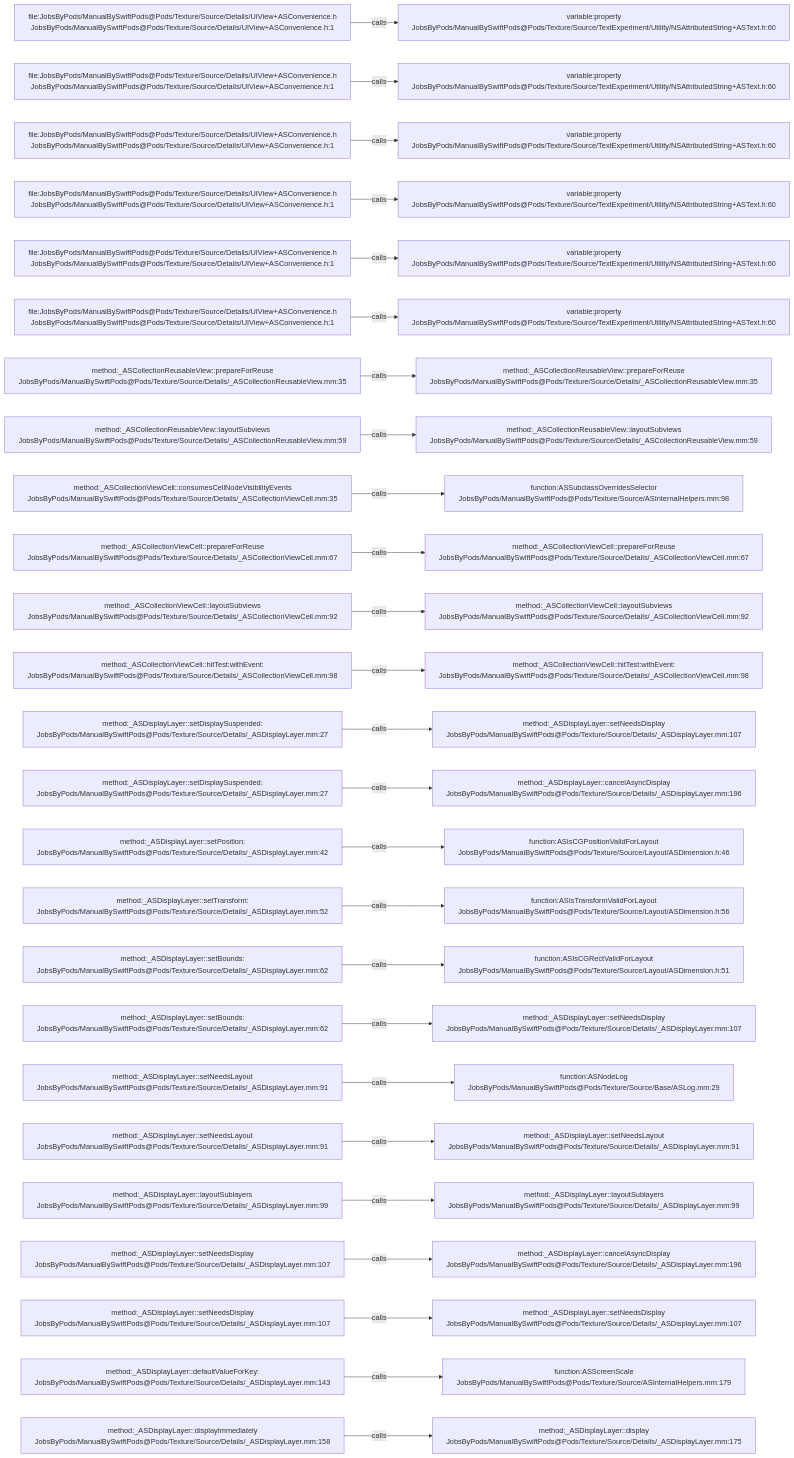
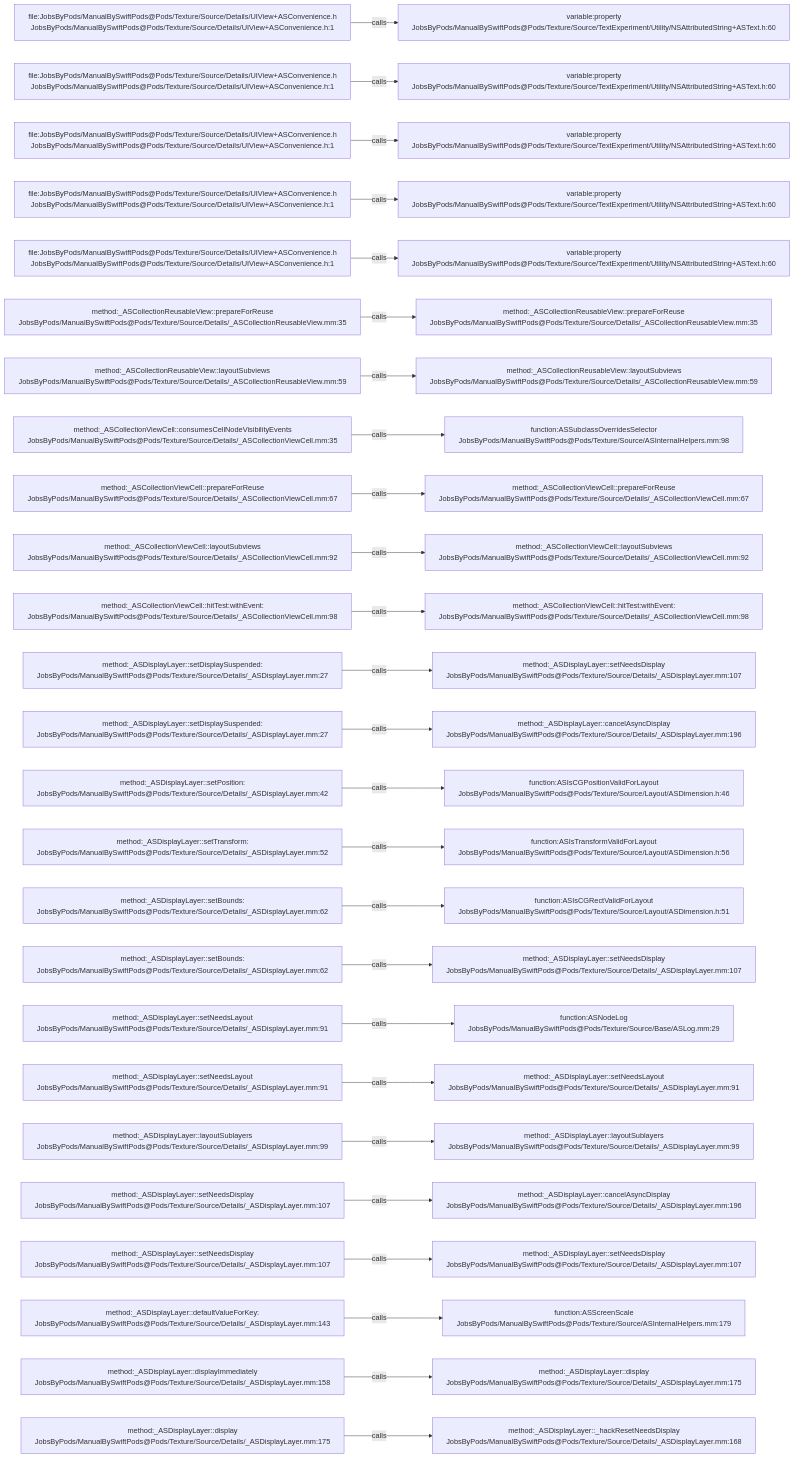
One commit to JobsKits/JobsSwiftBaseConfigDemo changed the diagram in .codegraph/codegraph.md/graphs/calls-101.md. Above: the diagram before and after it, drawn with Mermaid. The commit also changed 747 other files, not shown here.

````diff
--- a/.codegraph/codegraph.md/graphs/calls-101.md
+++ b/.codegraph/codegraph.md/graphs/calls-101.md
@@ -13,78 +13,78 @@
 ```mermaid
 flowchart LR
   S1["file:JobsByPods/ManualBySwiftPods@Pods/Texture/Source/Details/UIView+ASConvenience.h<br/>JobsByPods/ManualBySwiftPods@Pods/Texture/Source/Details/UIView+ASConvenience.h:1"]
   T1["variable:property<br/>JobsByPods/ManualBySwiftPods@Pods/Texture/Source/TextExperiment/Utility/NSAttributedString+ASText.h:60"]
   S1 -->|calls| T1
   S2["file:JobsByPods/ManualBySwiftPods@Pods/Texture/Source/Details/UIView+ASConvenience.h<br/>JobsByPods/ManualBySwiftPods@Pods/Texture/Source/Details/UIView+ASConvenience.h:1"]
   T2["variable:property<br/>JobsByPods/ManualBySwiftPods@Pods/Texture/Source/TextExperiment/Utility/NSAttributedString+ASText.h:60"]
   S2 -->|calls| T2
   S3["file:JobsByPods/ManualBySwiftPods@Pods/Texture/Source/Details/UIView+ASConvenience.h<br/>JobsByPods/ManualBySwiftPods@Pods/Texture/Source/Details/UIView+ASConvenience.h:1"]
   T3["variable:property<br/>JobsByPods/ManualBySwiftPods@Pods/Texture/Source/TextExperiment/Utility/NSAttributedString+ASText.h:60"]
   S3 -->|calls| T3
   S4["file:JobsByPods/ManualBySwiftPods@Pods/Texture/Source/Details/UIView+ASConvenience.h<br/>JobsByPods/ManualBySwiftPods@Pods/Texture/Source/Details/UIView+ASConvenience.h:1"]
   T4["variable:property<br/>JobsByPods/ManualBySwiftPods@Pods/Texture/Source/TextExperiment/Utility/NSAttributedString+ASText.h:60"]
   S4 -->|calls| T4
   S5["file:JobsByPods/ManualBySwiftPods@Pods/Texture/Source/Details/UIView+ASConvenience.h<br/>JobsByPods/ManualBySwiftPods@Pods/Texture/Source/Details/UIView+ASConvenience.h:1"]
   T5["variable:property<br/>JobsByPods/ManualBySwiftPods@Pods/Texture/Source/TextExperiment/Utility/NSAttributedString+ASText.h:60"]
   S5 -->|calls| T5
-  S6["file:JobsByPods/ManualBySwiftPods@Pods/Texture/Source/Details/UIView+ASConvenience.h<br/>JobsByPods/ManualBySwiftPods@Pods/Texture/Source/Details/UIView+ASConvenience.h:1"]
-  T6["variable:property<br/>JobsByPods/ManualBySwiftPods@Pods/Texture/Source/TextExperiment/Utility/NSAttributedString+ASText.h:60"]
+  S6["method:_ASCollectionReusableView::prepareForReuse<br/>JobsByPods/ManualBySwiftPods@Pods/Texture/Source/Details/_ASCollectionReusableView.mm:35"]
+  T6["method:_ASCollectionReusableView::prepareForReuse<br/>JobsByPods/ManualBySwiftPods@Pods/Texture/Source/Details/_ASCollectionReusableView.mm:35"]
   S6 -->|calls| T6
-  S7["method:_ASCollectionReusableView::prepareForReuse<br/>JobsByPods/ManualBySwiftPods@Pods/Texture/Source/Details/_ASCollectionReusableView.mm:35"]
-  T7["method:_ASCollectionReusableView::prepareForReuse<br/>JobsByPods/ManualBySwiftPods@Pods/Texture/Source/Details/_ASCollectionReusableView.mm:35"]
+  S7["method:_ASCollectionReusableView::layoutSubviews<br/>JobsByPods/ManualBySwiftPods@Pods/Texture/Source/Details/_ASCollectionReusableView.mm:59"]
+  T7["method:_ASCollectionReusableView::layoutSubviews<br/>JobsByPods/ManualBySwiftPods@Pods/Texture/Source/Details/_ASCollectionReusableView.mm:59"]
   S7 -->|calls| T7
-  S8["method:_ASCollectionReusableView::layoutSubviews<br/>JobsByPods/ManualBySwiftPods@Pods/Texture/Source/Details/_ASCollectionReusableView.mm:59"]
-  T8["method:_ASCollectionReusableView::layoutSubviews<br/>JobsByPods/ManualBySwiftPods@Pods/Texture/Source/Details/_ASCollectionReusableView.mm:59"]
+  S8["method:_ASCollectionViewCell::consumesCellNodeVisibilityEvents<br/>JobsByPods/ManualBySwiftPods@Pods/Texture/Source/Details/_ASCollectionViewCell.mm:35"]
+  T8["function:ASSubclassOverridesSelector<br/>JobsByPods/ManualBySwiftPods@Pods/Texture/Source/ASInternalHelpers.mm:98"]
   S8 -->|calls| T8
-  S9["method:_ASCollectionViewCell::consumesCellNodeVisibilityEvents<br/>JobsByPods/ManualBySwiftPods@Pods/Texture/Source/Details/_ASCollectionViewCell.mm:35"]
-  T9["function:ASSubclassOverridesSelector<br/>JobsByPods/ManualBySwiftPods@Pods/Texture/Source/ASInternalHelpers.mm:98"]
+  S9["method:_ASCollectionViewCell::prepareForReuse<br/>JobsByPods/ManualBySwiftPods@Pods/Texture/Source/Details/_ASCollectionViewCell.mm:67"]
+  T9["method:_ASCollectionViewCell::prepareForReuse<br/>JobsByPods/ManualBySwiftPods@Pods/Texture/Source/Details/_ASCollectionViewCell.mm:67"]
   S9 -->|calls| T9
-  S10["method:_ASCollectionViewCell::prepareForReuse<br/>JobsByPods/ManualBySwiftPods@Pods/Texture/Source/Details/_ASCollectionViewCell.mm:67"]
-  T10["method:_ASCollectionViewCell::prepareForReuse<br/>JobsByPods/ManualBySwiftPods@Pods/Texture/Source/Details/_ASCollectionViewCell.mm:67"]
+  S10["method:_ASCollectionViewCell::layoutSubviews<br/>JobsByPods/ManualBySwiftPods@Pods/Texture/Source/Details/_ASCollectionViewCell.mm:92"]
+  T10["method:_ASCollectionViewCell::layoutSubviews<br/>JobsByPods/ManualBySwiftPods@Pods/Texture/Source/Details/_ASCollectionViewCell.mm:92"]
   S10 -->|calls| T10
-  S11["method:_ASCollectionViewCell::layoutSubviews<br/>JobsByPods/ManualBySwiftPods@Pods/Texture/Source/Details/_ASCollectionViewCell.mm:92"]
-  T11["method:_ASCollectionViewCell::layoutSubviews<br/>JobsByPods/ManualBySwiftPods@Pods/Texture/Source/Details/_ASCollectionViewCell.mm:92"]
+  S11["method:_ASCollectionViewCell::hitTest:withEvent:<br/>JobsByPods/ManualBySwiftPods@Pods/Texture/Source/Details/_ASCollectionViewCell.mm:98"]
+  T11["method:_ASCollectionViewCell::hitTest:withEvent:<br/>JobsByPods/ManualBySwiftPods@Pods/Texture/Source/Details/_ASCollectionViewCell.mm:98"]
   S11 -->|calls| T11
-  S12["method:_ASCollectionViewCell::hitTest:withEvent:<br/>JobsByPods/ManualBySwiftPods@Pods/Texture/Source/Details/_ASCollectionViewCell.mm:98"]
-  T12["method:_ASCollectionViewCell::hitTest:withEvent:<br/>JobsByPods/ManualBySwiftPods@Pods/Texture/Source/Details/_ASCollectionViewCell.mm:98"]
+  S12["method:_ASDisplayLayer::setDisplaySuspended:<br/>JobsByPods/ManualBySwiftPods@Pods/Texture/Source/Details/_ASDisplayLayer.mm:27"]
+  T12["method:_ASDisplayLayer::setNeedsDisplay<br/>JobsByPods/ManualBySwiftPods@Pods/Texture/Source/Details/_ASDisplayLayer.mm:107"]
   S12 -->|calls| T12
   S13["method:_ASDisplayLayer::setDisplaySuspended:<br/>JobsByPods/ManualBySwiftPods@Pods/Texture/Source/Details/_ASDisplayLayer.mm:27"]
-  T13["method:_ASDisplayLayer::setNeedsDisplay<br/>JobsByPods/ManualBySwiftPods@Pods/Texture/Source/Details/_ASDisplayLayer.mm:107"]
+  T13["method:_ASDisplayLayer::cancelAsyncDisplay<br/>JobsByPods/ManualBySwiftPods@Pods/Texture/Source/Details/_ASDisplayLayer.mm:196"]
   S13 -->|calls| T13
-  S14["method:_ASDisplayLayer::setDisplaySuspended:<br/>JobsByPods/ManualBySwiftPods@Pods/Texture/Source/Details/_ASDisplayLayer.mm:27"]
-  T14["method:_ASDisplayLayer::cancelAsyncDisplay<br/>JobsByPods/ManualBySwiftPods@Pods/Texture/Source/Details/_ASDisplayLayer.mm:196"]
+  S14["method:_ASDisplayLayer::setPosition:<br/>JobsByPods/ManualBySwiftPods@Pods/Texture/Source/Details/_ASDisplayLayer.mm:42"]
+  T14["function:ASIsCGPositionValidForLayout<br/>JobsByPods/ManualBySwiftPods@Pods/Texture/Source/Layout/ASDimension.h:46"]
   S14 -->|calls| T14
-  S15["method:_ASDisplayLayer::setPosition:<br/>JobsByPods/ManualBySwiftPods@Pods/Texture/Source/Details/_ASDisplayLayer.mm:42"]
-  T15["function:ASIsCGPositionValidForLayout<br/>JobsByPods/ManualBySwiftPods@Pods/Texture/Source/Layout/ASDimension.h:46"]
+  S15["method:_ASDisplayLayer::setTransform:<br/>JobsByPods/ManualBySwiftPods@Pods/Texture/Source/Details/_ASDisplayLayer.mm:52"]
+  T15["function:ASIsTransformValidForLayout<br/>JobsByPods/ManualBySwiftPods@Pods/Texture/Source/Layout/ASDimension.h:56"]
   S15 -->|calls| T15
-  S16["method:_ASDisplayLayer::setTransform:<br/>JobsByPods/ManualBySwiftPods@Pods/Texture/Source/Details/_ASDisplayLayer.mm:52"]
-  T16["function:ASIsTransformValidForLayout<br/>JobsByPods/ManualBySwiftPods@Pods/Texture/Source/Layout/ASDimension.h:56"]
+  S16["method:_ASDisplayLayer::setBounds:<br/>JobsByPods/ManualBySwiftPods@Pods/Texture/Source/Details/_ASDisplayLayer.mm:62"]
+  T16["function:ASIsCGRectValidForLayout<br/>JobsByPods/ManualBySwiftPods@Pods/Texture/Source/Layout/ASDimension.h:51"]
   S16 -->|calls| T16
   S17["method:_ASDisplayLayer::setBounds:<br/>JobsByPods/ManualBySwiftPods@Pods/Texture/Source/Details/_ASDisplayLayer.mm:62"]
-  T17["function:ASIsCGRectValidForLayout<br/>JobsByPods/ManualBySwiftPods@Pods/Texture/Source/Layout/ASDimension.h:51"]
+  T17["method:_ASDisplayLayer::setNeedsDisplay<br/>JobsByPods/ManualBySwiftPods@Pods/Texture/Source/Details/_ASDisplayLayer.mm:107"]
   S17 -->|calls| T17
-  S18["method:_ASDisplayLayer::setBounds:<br/>JobsByPods/ManualBySwiftPods@Pods/Texture/Source/Details/_ASDisplayLayer.mm:62"]
-  T18["method:_ASDisplayLayer::setNeedsDisplay<br/>JobsByPods/ManualBySwiftPods@Pods/Texture/Source/Details/_ASDisplayLayer.mm:107"]
+  S18["method:_ASDisplayLayer::setNeedsLayout<br/>JobsByPods/ManualBySwiftPods@Pods/Texture/Source/Details/_ASDisplayLayer.mm:91"]
+  T18["function:ASNodeLog<br/>JobsByPods/ManualBySwiftPods@Pods/Texture/Source/Base/ASLog.mm:29"]
   S18 -->|calls| T18
   S19["method:_ASDisplayLayer::setNeedsLayout<br/>JobsByPods/ManualBySwiftPods@Pods/Texture/Source/Details/_ASDisplayLayer.mm:91"]
-  T19["function:ASNodeLog<br/>JobsByPods/ManualBySwiftPods@Pods/Texture/Source/Base/ASLog.mm:29"]
+  T19["method:_ASDisplayLayer::setNeedsLayout<br/>JobsByPods/ManualBySwiftPods@Pods/Texture/Source/Details/_ASDisplayLayer.mm:91"]
   S19 -->|calls| T19
-  S20["method:_ASDisplayLayer::setNeedsLayout<br/>JobsByPods/ManualBySwiftPods@Pods/Texture/Source/Details/_ASDisplayLayer.mm:91"]
-  T20["method:_ASDisplayLayer::setNeedsLayout<br/>JobsByPods/ManualBySwiftPods@Pods/Texture/Source/Details/_ASDisplayLayer.mm:91"]
+  S20["method:_ASDisplayLayer::layoutSublayers<br/>JobsByPods/ManualBySwiftPods@Pods/Texture/Source/Details/_ASDisplayLayer.mm:99"]
+  T20["method:_ASDisplayLayer::layoutSublayers<br/>JobsByPods/ManualBySwiftPods@Pods/Texture/Source/Details/_ASDisplayLayer.mm:99"]
   S20 -->|calls| T20
-  S21["method:_ASDisplayLayer::layoutSublayers<br/>JobsByPods/ManualBySwiftPods@Pods/Texture/Source/Details/_ASDisplayLayer.mm:99"]
-  T21["method:_ASDisplayLayer::layoutSublayers<br/>JobsByPods/ManualBySwiftPods@Pods/Texture/Source/Details/_ASDisplayLayer.mm:99"]
+  S21["method:_ASDisplayLayer::setNeedsDisplay<br/>JobsByPods/ManualBySwiftPods@Pods/Texture/Source/Details/_ASDisplayLayer.mm:107"]
+  T21["method:_ASDisplayLayer::cancelAsyncDisplay<br/>JobsByPods/ManualBySwiftPods@Pods/Texture/Source/Details/_ASDisplayLayer.mm:196"]
   S21 -->|calls| T21
   S22["method:_ASDisplayLayer::setNeedsDisplay<br/>JobsByPods/ManualBySwiftPods@Pods/Texture/Source/Details/_ASDisplayLayer.mm:107"]
-  T22["method:_ASDisplayLayer::cancelAsyncDisplay<br/>JobsByPods/ManualBySwiftPods@Pods/Texture/Source/Details/_ASDisplayLayer.mm:196"]
+  T22["method:_ASDisplayLayer::setNeedsDisplay<br/>JobsByPods/ManualBySwiftPods@Pods/Texture/Source/Details/_ASDisplayLayer.mm:107"]
   S22 -->|calls| T22
-  S23["method:_ASDisplayLayer::setNeedsDisplay<br/>JobsByPods/ManualBySwiftPods@Pods/Texture/Source/Details/_ASDisplayLayer.mm:107"]
-  T23["method:_ASDisplayLayer::setNeedsDisplay<br/>JobsByPods/ManualBySwiftPods@Pods/Texture/Source/Details/_ASDisplayLayer.mm:107"]
+  S23["method:_ASDisplayLayer::defaultValueForKey:<br/>JobsByPods/ManualBySwiftPods@Pods/Texture/Source/Details/_ASDisplayLayer.mm:143"]
+  T23["function:ASScreenScale<br/>JobsByPods/ManualBySwiftPods@Pods/Texture/Source/ASInternalHelpers.mm:179"]
   S23 -->|calls| T23
-  S24["method:_ASDisplayLayer::defaultValueForKey:<br/>JobsByPods/ManualBySwiftPods@Pods/Texture/Source/Details/_ASDisplayLayer.mm:143"]
-  T24["function:ASScreenScale<br/>JobsByPods/ManualBySwiftPods@Pods/Texture/Source/ASInternalHelpers.mm:179"]
+  S24["method:_ASDisplayLayer::displayImmediately<br/>JobsByPods/ManualBySwiftPods@Pods/Texture/Source/Details/_ASDisplayLayer.mm:158"]
+  T24["method:_ASDisplayLayer::display<br/>JobsByPods/ManualBySwiftPods@Pods/Texture/Source/Details/_ASDisplayLayer.mm:175"]
   S24 -->|calls| T24
-  S25["method:_ASDisplayLayer::displayImmediately<br/>JobsByPods/ManualBySwiftPods@Pods/Texture/Source/Details/_ASDisplayLayer.mm:158"]
-  T25["method:_ASDisplayLayer::display<br/>JobsByPods/ManualBySwiftPods@Pods/Texture/Source/Details/_ASDisplayLayer.mm:175"]
+  S25["method:_ASDisplayLayer::display<br/>JobsByPods/ManualBySwiftPods@Pods/Texture/Source/Details/_ASDisplayLayer.mm:175"]
+  T25["method:_ASDisplayLayer::_hackResetNeedsDisplay<br/>JobsByPods/ManualBySwiftPods@Pods/Texture/Source/Details/_ASDisplayLayer.mm:168"]
   S25 -->|calls| T25
 ```
````
